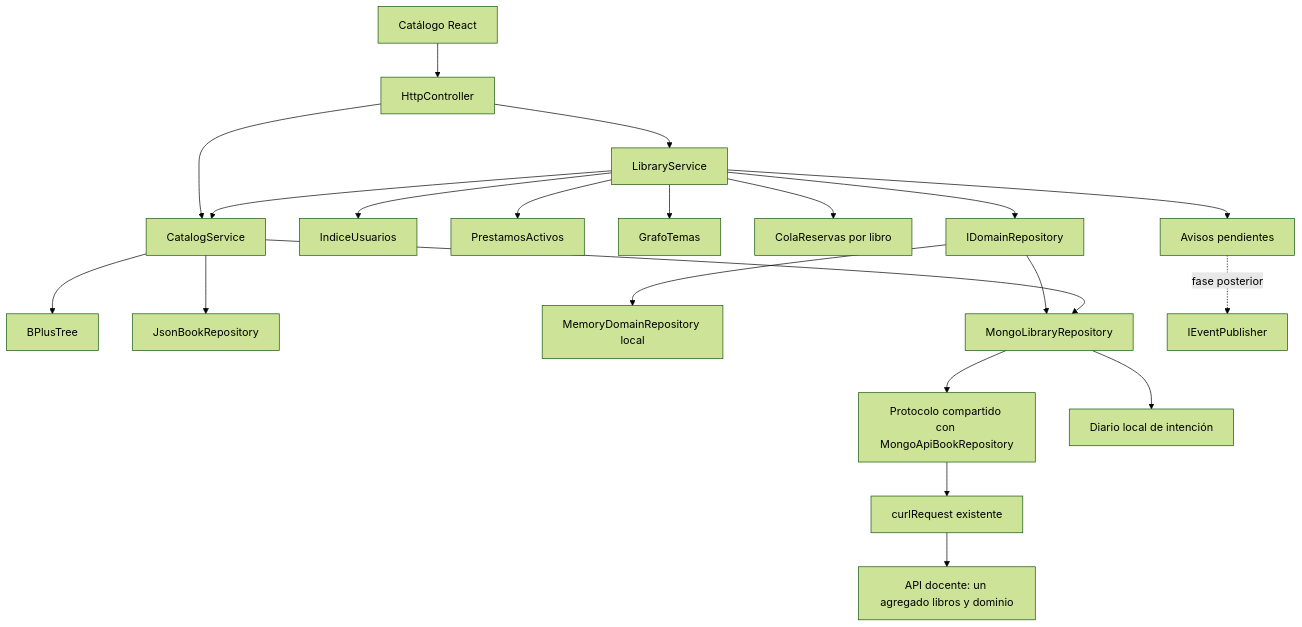
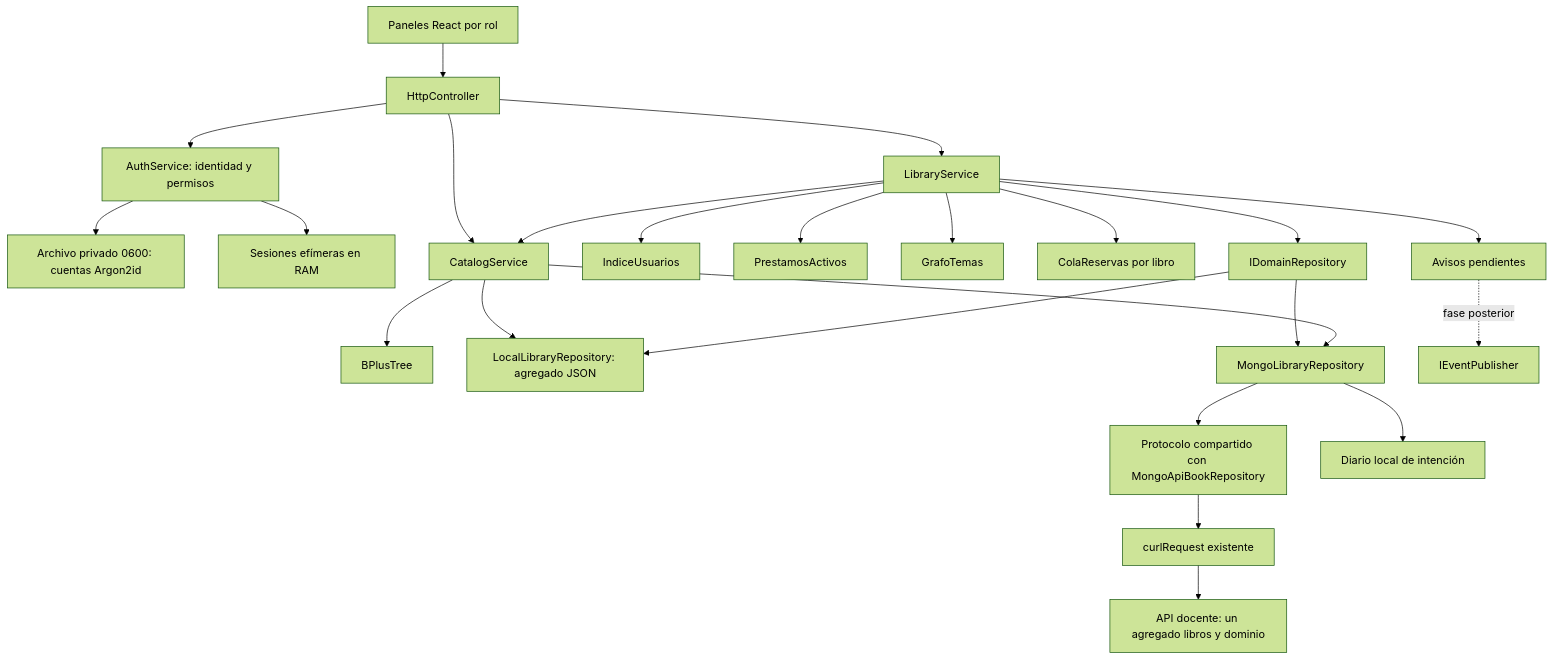
Before and after one commit to yrojasar-ui/Sistema-de-gestion-Academica: the third of 5 diagrams in docs/DOMINIO_API.md, drawn with Mermaid (forest theme). The commit also changed other lines of this file and 40 other files, not shown here.

````diff
--- a/docs/DOMINIO_API.md
+++ b/docs/DOMINIO_API.md
@@ -191,23 +190,26 @@
 ```mermaid
 flowchart TD
-    UI[Catálogo React] --> HTTP[HttpController]
+    UI[Paneles React por rol] --> HTTP[HttpController]
+    HTTP --> AUTH[AuthService: identidad y permisos]
+    AUTH --> PRIV[Archivo privado 0600: cuentas Argon2id]
+    AUTH --> SES[Sesiones efímeras en RAM]
     HTTP --> D[LibraryService]
     HTTP --> C[CatalogService]
     D --> C
     C --> BP[BPlusTree]
-    C --> J[JsonBookRepository]
+    C --> J[LocalLibraryRepository: agregado JSON]
     D --> H[IndiceUsuarios]
     D --> R[PrestamosActivos]
     D --> G[GrafoTemas]
     D --> F[ColaReservas por libro]
     D --> I[IDomainRepository]
-    I --> M[MemoryDomainRepository local]
+    I --> J
     I --> MR[MongoLibraryRepository]
     C --> MR
     MR --> P[Protocolo compartido con MongoApiBookRepository]
     P --> T[curlRequest existente]
     T --> N[API docente: un agregado libros y dominio]
     MR --> JRN[Diario local de intención]
     D --> A[Avisos pendientes]
     A -. fase posterior .-> E[IEventPublisher]
 ```
````
